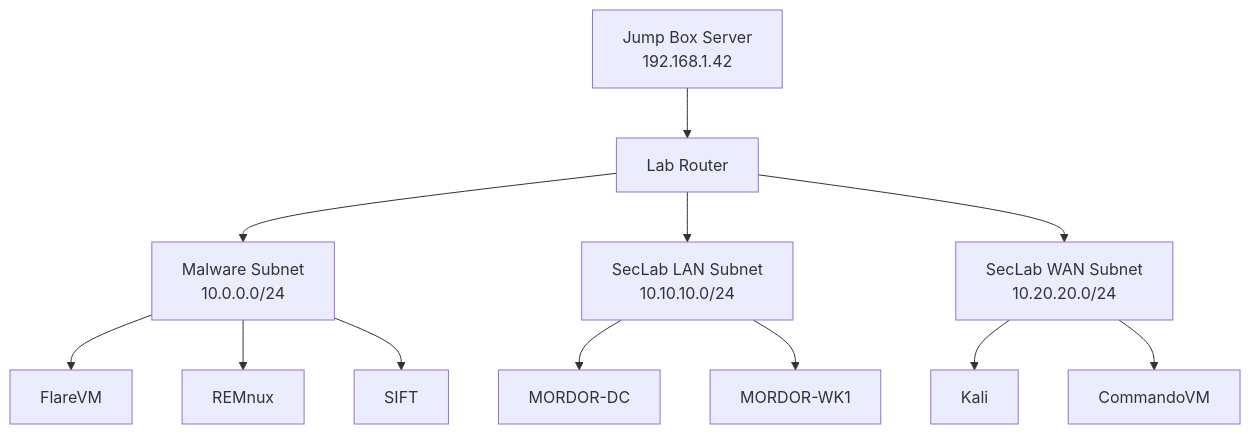
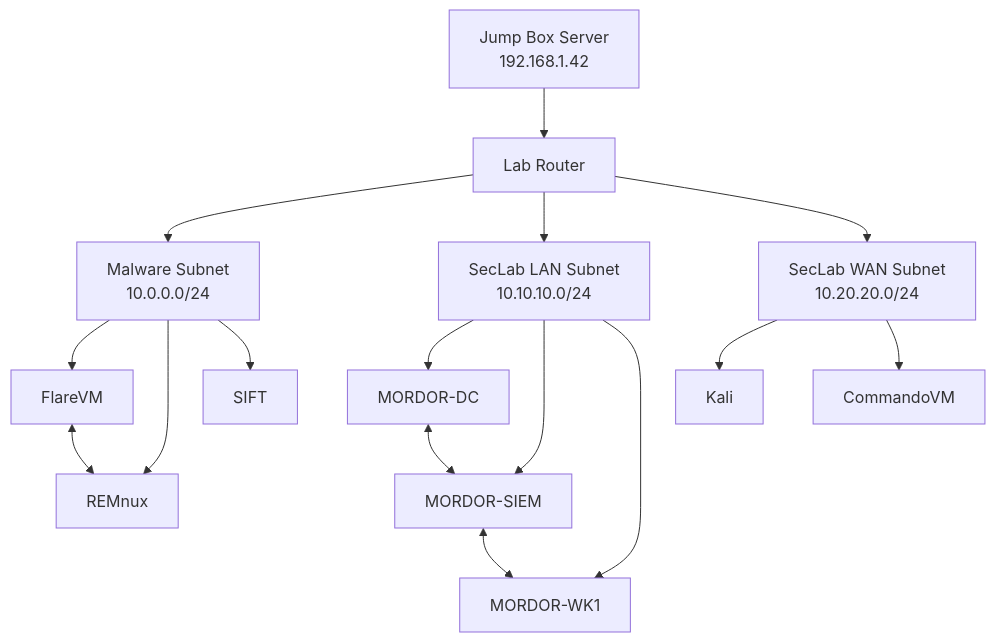
Before and after one commit to jabsec/portfolio: the diagram in homelab/network_diagram.md, drawn with Mermaid.

````diff
--- a/homelab/network_diagram.md
+++ b/homelab/network_diagram.md
@@ -5,39 +5,44 @@
 ```mermaid
 
 graph TD
 
 
     Router2[Lab Router]:::device
 
     Malware[Malware Subnet<br>10.0.0.0/24]:::subnet
     SecLabWAN[SecLab WAN Subnet <br> 10.20.20.0/24]:::subnet
     SecLabLAN[SecLab LAN Subnet <br> 10.10.10.0/24]:::subnet
 
     JumpBox[Jump Box Server <br>192.168.1.42]:::server
 
     Kali[Kali]:::VM
     SIFT[SIFT]:::VM
     CommandoVM[CommandoVM]:::VM
     FlareVM[FlareVM]:::VM
     REMnux[REMnux]:::VM
     MORDORDC[MORDOR-DC]:::ADVM
     MORDORWK1[MORDOR-WK1]:::ADVM
+    MORDORSIEM[MORDOR-SIEM]:::ADVM
 
 
     JumpBox --> Router2
 
     Router2 --> Malware
     Router2 --> SecLabLAN
     Router2 --> SecLabWAN
 
     Malware --> FlareVM
     Malware --> REMnux
     Malware --> SIFT
+    FlareVM <--> REMnux
 
     SecLabWAN --> Kali
     SecLabWAN --> CommandoVM
 
     SecLabLAN --> MORDORDC
+    SecLabLAN --> MORDORSIEM
     SecLabLAN --> MORDORWK1
+    MORDORDC <--> MORDORSIEM <--> MORDORWK1
+    
 
 ```
````
